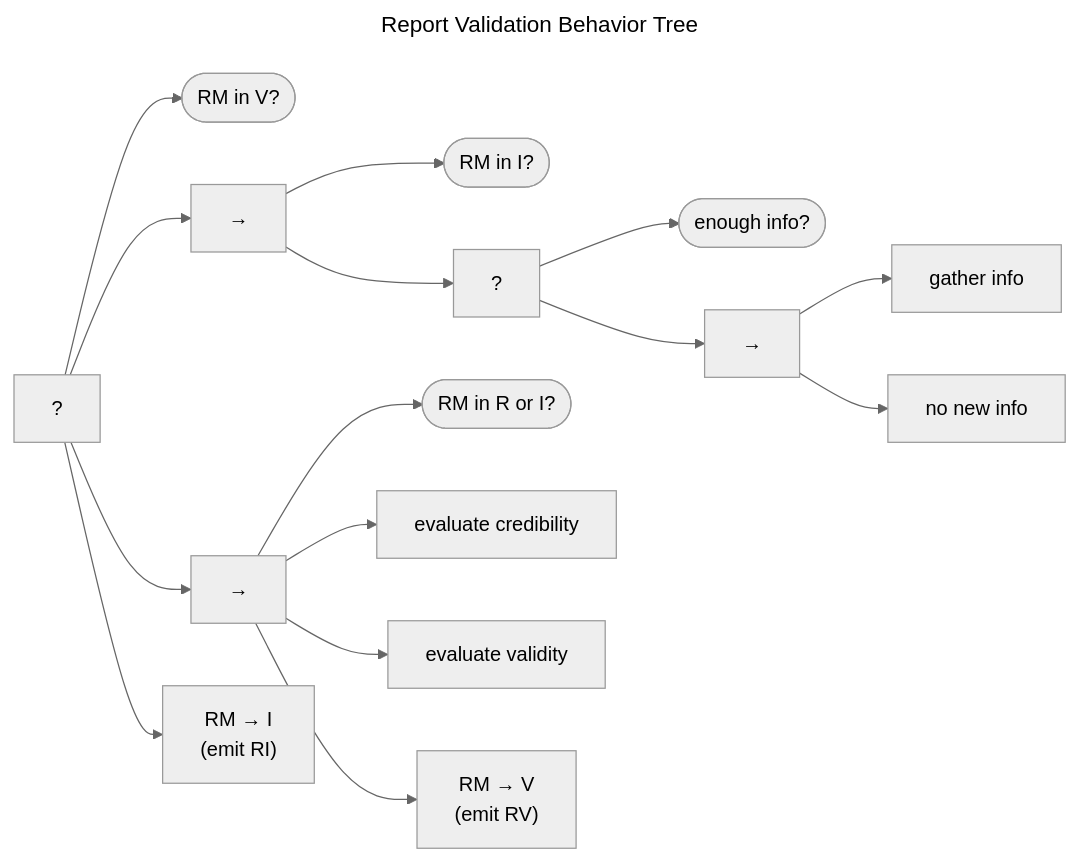
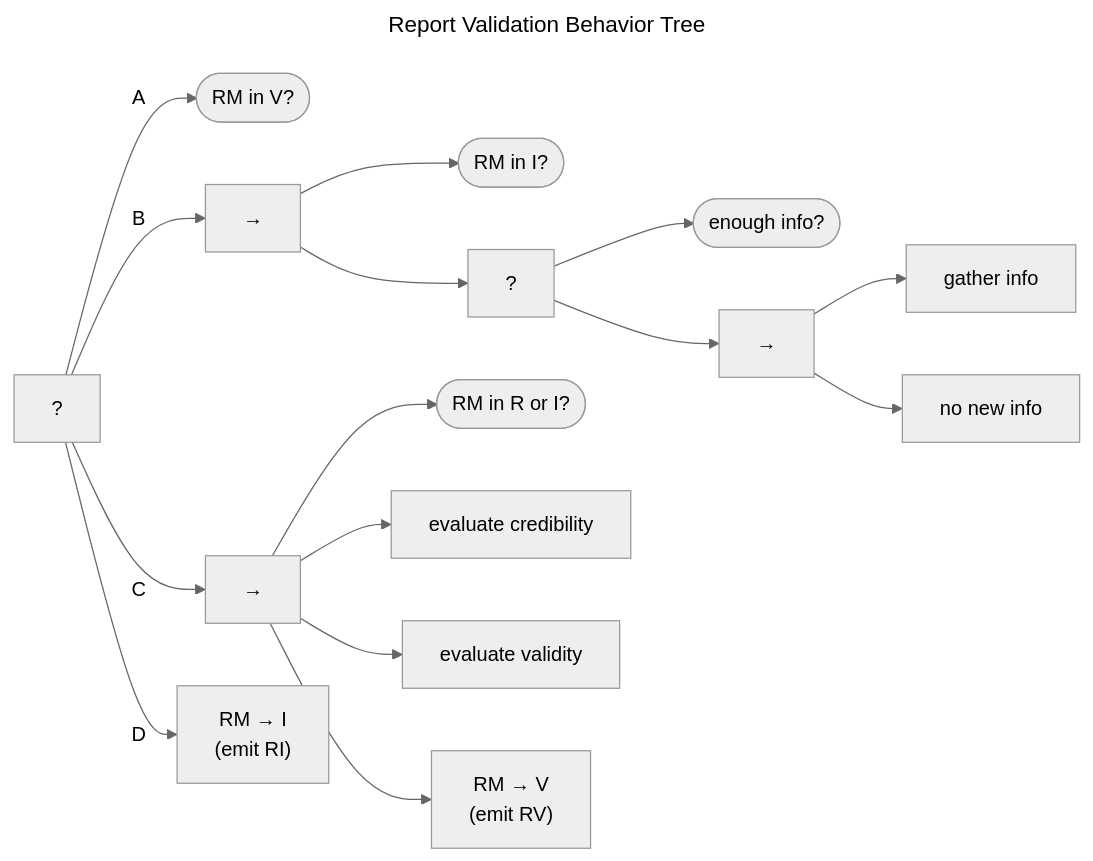
Before and after one commit to CERTCC/Vultron: the diagram in docs/topics/behavior_logic/rm_validation_bt.md, drawn with Mermaid (neutral theme). The commit also changed other lines of this file and 21 other files, not shown here.

````diff
--- a/docs/topics/behavior_logic/rm_validation_bt.md
+++ b/docs/topics/behavior_logic/rm_validation_bt.md
@@ -6,35 +6,35 @@
 ```mermaid
 ---
 title: Report Validation Behavior Tree
 ---
 flowchart LR
     fb["?"]
     check_valid(["RM in V?"])
-    fb --> check_valid
+    fb -->|A| check_valid
     i_seq["&rarr;"]
-    fb --> i_seq
+    fb -->|B| i_seq
     check_invalid(["RM in I?"])
     i_seq --> check_invalid
     i_fb["?"]
     i_seq --> i_fb
     i_enough(["enough info?"])
     i_fb --> i_enough
     i_seq_seq["&rarr;"]
     i_fb --> i_seq_seq
     i_gather_info["gather info"]
     i_seq_seq --> i_gather_info
     i_no_info["no new info"]
     i_seq_seq --> i_no_info
     ri_seq["&rarr;"]
-    fb --> ri_seq
+    fb -->|C| ri_seq
     check_ri(["RM in R or I?"])
     ri_seq --> check_ri
     eval_cred["evaluate credibility"]
     ri_seq --> eval_cred
     eval_valid["evaluate validity"]
     ri_seq --> eval_valid
     ri_to_v["RM &rarr; V<br/>(emit RV)"]
     ri_seq --> ri_to_v
     ri_to_i["RM &rarr; I<br/>(emit RI)"]
-    fb --> ri_to_i
+    fb -->|D| ri_to_i
 ```
````
